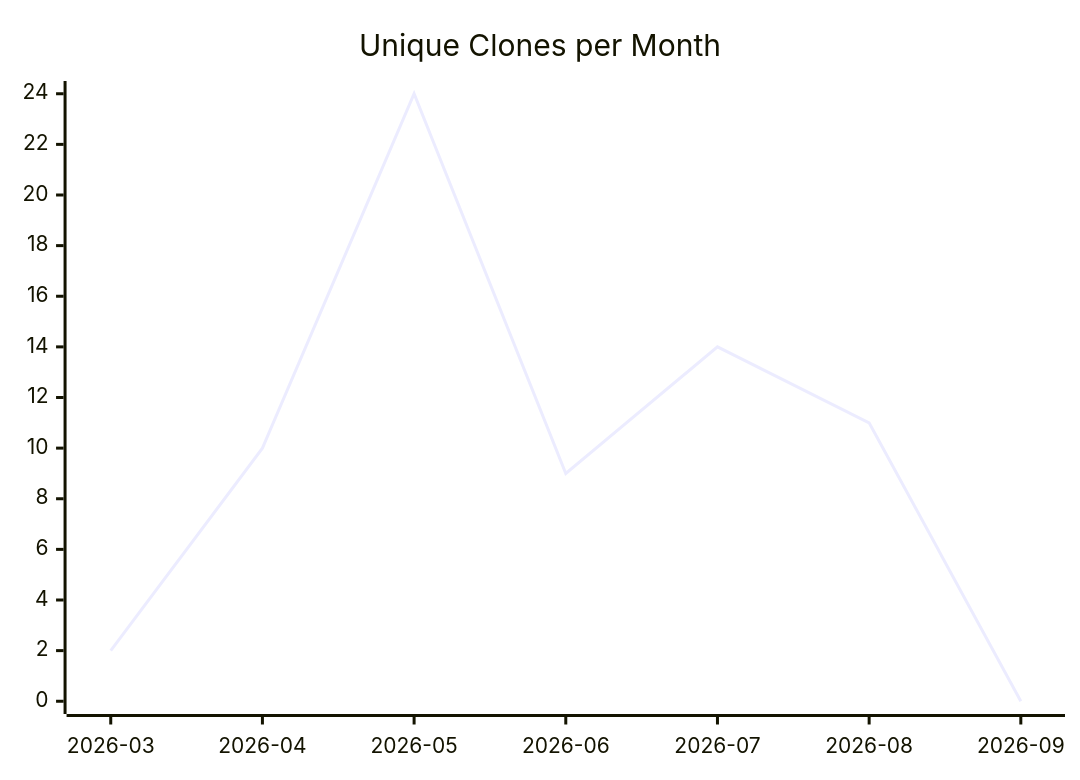
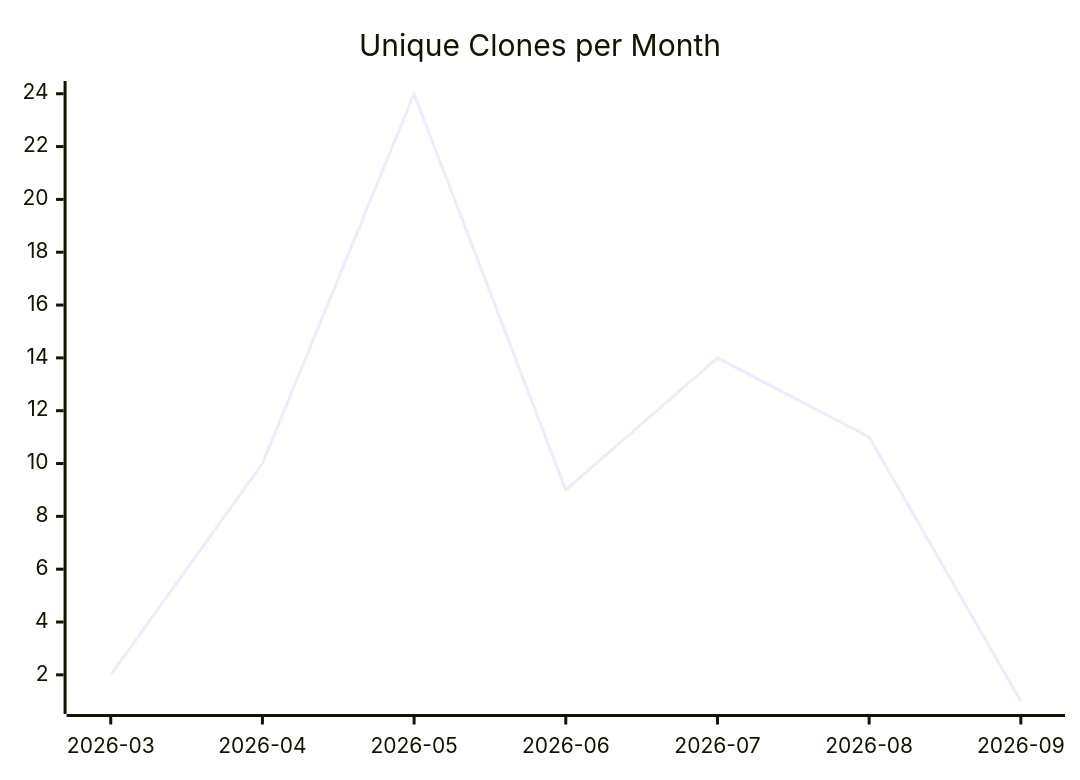
Before and after one commit to justdavis-family/github-analytics-data: the third of 3 diagrams in karlmdavis/xmlpull/README.md, drawn with Mermaid. The commit also changed other lines of this file and 191 other files, not shown here.

````diff
--- a/karlmdavis/xmlpull/README.md
+++ b/karlmdavis/xmlpull/README.md
@@ -19,6 +19,6 @@
 ```mermaid
 xychart-beta
   title "Unique Clones per Month"
   x-axis ["2026-03", "2026-04", "2026-05", "2026-06", "2026-07", "2026-08", "2026-09"]
-  line [2, 10, 24, 9, 14, 11, 0]
+  line [2, 10, 24, 9, 14, 11, 1]
 ```
````
